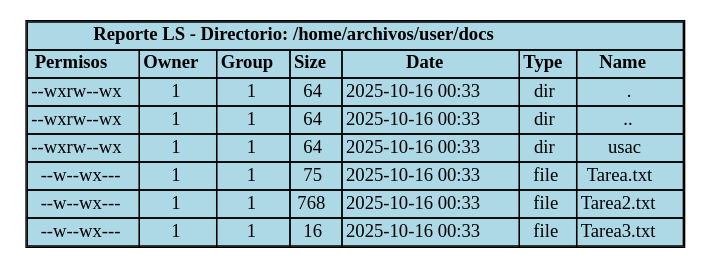
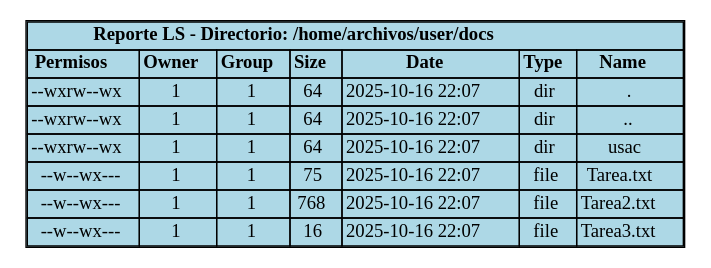
Before and after one commit to DiegVas/MIA_2S2025_P2_202300638: the diagram in backend/provider/reports/src/ls_381A.dot, drawn with Graphviz. The commit also changed 4 other files, not shown here.

```diff
--- a/backend/provider/reports/src/ls_381A.dot
+++ b/backend/provider/reports/src/ls_381A.dot
@@ -1,71 +1,71 @@
 digraph LS_Report {
     rankdir=TB;
     node [shape=plaintext];
     edge [style=invisible];
     title [label=<<TABLE BORDER="1" CELLBORDER="1" CELLSPACING="0" BGCOLOR="lightblue">
         <TR><TD COLSPAN="7"><B>Reporte LS - Directorio: /home/archivos/user/docs</B></TD></TR>
         <TR>
             <TD><B>Permisos</B></TD>
             <TD><B>Owner</B></TD>
             <TD><B>Group</B></TD>
             <TD><B>Size</B></TD>
             <TD><B>Date</B></TD>
             <TD><B>Type</B></TD>
             <TD><B>Name</B></TD>
         </TR>
         <TR>
             <TD>--wxrw--wx</TD>
             <TD>1</TD>
             <TD>1</TD>
             <TD>64</TD>
-            <TD>2025-10-16 00:33</TD>
+            <TD>2025-10-16 22:07</TD>
             <TD>dir</TD>
             <TD>.</TD>
         </TR>
         <TR>
             <TD>--wxrw--wx</TD>
             <TD>1</TD>
             <TD>1</TD>
             <TD>64</TD>
-            <TD>2025-10-16 00:33</TD>
+            <TD>2025-10-16 22:07</TD>
             <TD>dir</TD>
             <TD>..</TD>
         </TR>
         <TR>
             <TD>--wxrw--wx</TD>
             <TD>1</TD>
             <TD>1</TD>
             <TD>64</TD>
-            <TD>2025-10-16 00:33</TD>
+            <TD>2025-10-16 22:07</TD>
             <TD>dir</TD>
             <TD>usac</TD>
         </TR>
         <TR>
             <TD>--w--wx---</TD>
             <TD>1</TD>
             <TD>1</TD>
             <TD>75</TD>
-            <TD>2025-10-16 00:33</TD>
+            <TD>2025-10-16 22:07</TD>
             <TD>file</TD>
             <TD>Tarea.txt</TD>
         </TR>
         <TR>
             <TD>--w--wx---</TD>
             <TD>1</TD>
             <TD>1</TD>
             <TD>768</TD>
-            <TD>2025-10-16 00:33</TD>
+            <TD>2025-10-16 22:07</TD>
             <TD>file</TD>
             <TD>Tarea2.txt</TD>
         </TR>
         <TR>
             <TD>--w--wx---</TD>
             <TD>1</TD>
             <TD>1</TD>
             <TD>16</TD>
-            <TD>2025-10-16 00:33</TD>
+            <TD>2025-10-16 22:07</TD>
             <TD>file</TD>
             <TD>Tarea3.txt</TD>
         </TR>
     </TABLE>>];
 }
```
